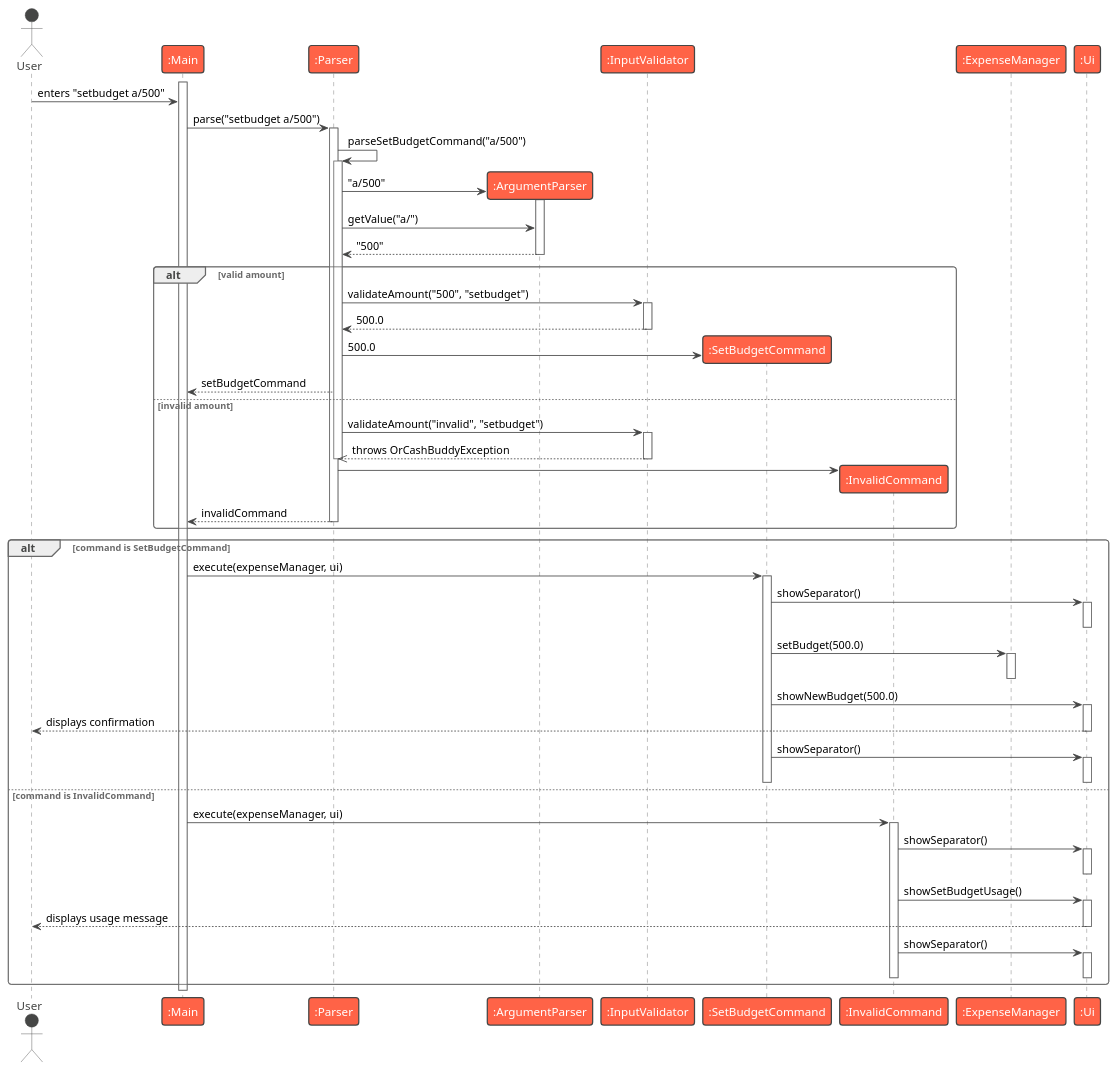
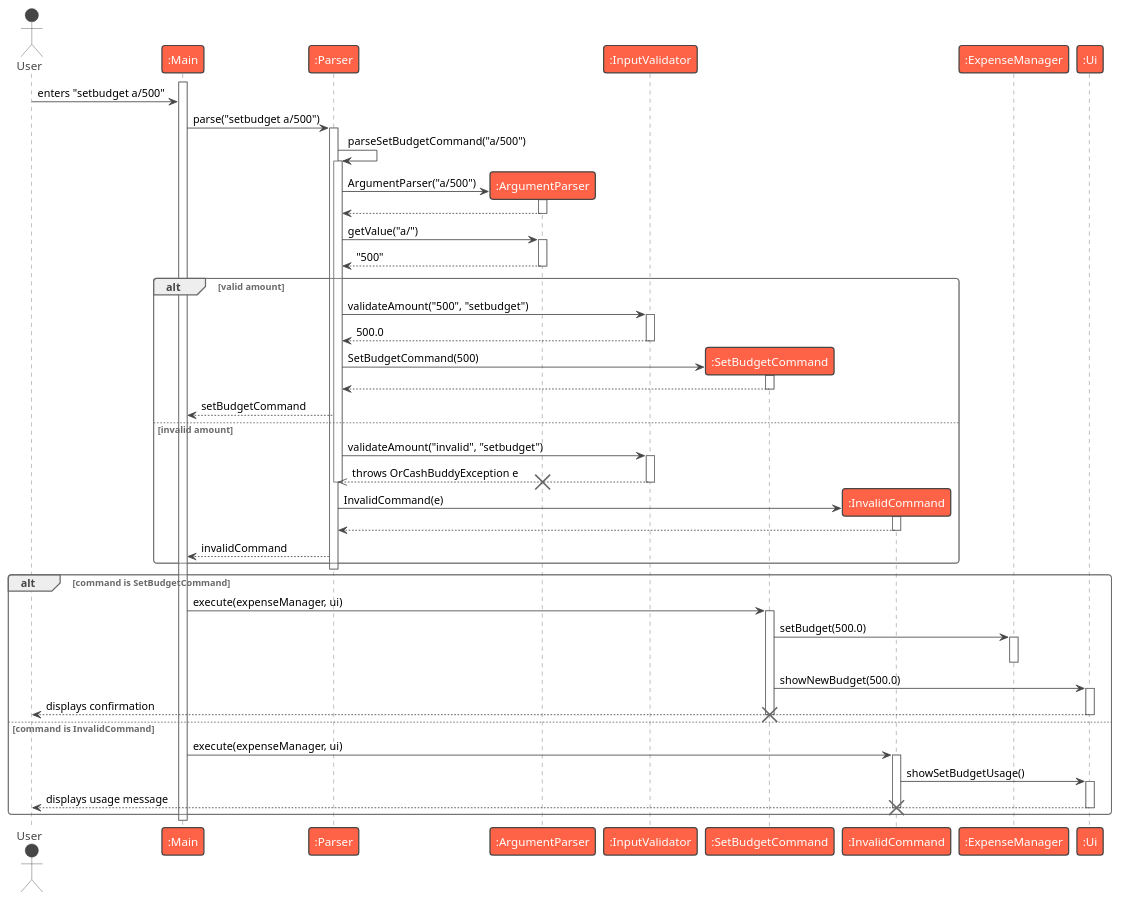
One commit to aydrienlaw/tp changed the diagram in docs/diagrams/set-budget-sequence.puml. Above: the diagram before and after it, drawn with PlantUML. The commit also changed 4 other files, not shown here.

Commit message:
docs(developer-guide): refine command parsing in sequence diagrams

```diff
--- a/docs/diagrams/set-budget-sequence.puml
+++ b/docs/diagrams/set-budget-sequence.puml
@@ -1,104 +1,100 @@
 @startuml
 !theme vibrant
 actor User
 participant ":Main" as Main
 participant ":Parser" as Parser
 participant ":ArgumentParser" as ArgumentParser
 participant ":InputValidator" as InputValidator
 participant ":SetBudgetCommand" as SetBudgetCommand
 participant ":InvalidCommand" as InvalidCommand
 participant ":ExpenseManager" as ExpenseManager
 participant ":Ui" as Ui
 
 activate Main
 
 User -> Main : enters "setbudget a/500"
 
 Main -> Parser : parse("setbudget a/500")
 activate Parser
 
 Parser -> Parser : parseSetBudgetCommand("a/500")
 activate Parser
 
 create ArgumentParser
-Parser -> ArgumentParser : "a/500"
+Parser -> ArgumentParser : ArgumentParser("a/500")
 activate ArgumentParser
+ArgumentParser --> Parser
+deactivate ArgumentParser
+
 Parser -> ArgumentParser : getValue("a/")
+activate ArgumentParser
 ArgumentParser --> Parser : "500"
 deactivate ArgumentParser
 
 alt valid amount
 
     Parser -> InputValidator : validateAmount("500", "setbudget")
     activate InputValidator
     InputValidator --> Parser : 500.0
     deactivate InputValidator
 
     create SetBudgetCommand
-    Parser -> SetBudgetCommand : 500.0
+    Parser -> SetBudgetCommand : SetBudgetCommand(500)
+    activate SetBudgetCommand
+    SetBudgetCommand --> Parser
+    deactivate SetBudgetCommand
     Parser --> Main : setBudgetCommand
 
 else invalid amount
 
     Parser -> InputValidator : validateAmount("invalid", "setbudget")
     activate InputValidator
-    InputValidator -->> Parser : throws OrCashBuddyException
+    InputValidator -->> Parser : throws OrCashBuddyException e
     deactivate InputValidator
-
+    destroy ArgumentParser
     deactivate Parser
 
     create InvalidCommand
-    Parser -> InvalidCommand
+    Parser -> InvalidCommand: InvalidCommand(e)
+    activate InvalidCommand
+    InvalidCommand --> Parser
+    deactivate InvalidCommand
     Parser --> Main : invalidCommand
 
-    deactivate Parser
+end
 
-end
+deactivate Parser
 
 deactivate Parser
 
 alt command is SetBudgetCommand
     Main -> SetBudgetCommand : execute(expenseManager, ui)
     activate SetBudgetCommand
-
-    SetBudgetCommand -> Ui : showSeparator()
-    activate Ui
-    deactivate Ui
 
     SetBudgetCommand -> ExpenseManager : setBudget(500.0)
     activate ExpenseManager
     deactivate ExpenseManager
 
     SetBudgetCommand -> Ui : showNewBudget(500.0)
     activate Ui
     Ui --> User : displays confirmation
     deactivate Ui
 
-    SetBudgetCommand -> Ui : showSeparator()
-    activate Ui
-    deactivate Ui
-
     deactivate SetBudgetCommand
+    destroy SetBudgetCommand
 
 else command is InvalidCommand
     Main -> InvalidCommand : execute(expenseManager, ui)
     activate InvalidCommand
-
-    InvalidCommand -> Ui : showSeparator()
-    activate Ui
-    deactivate Ui
 
     InvalidCommand -> Ui : showSetBudgetUsage()
     activate Ui
     Ui --> User : displays usage message
     deactivate Ui
 
-    InvalidCommand -> Ui : showSeparator()
-    activate Ui
-    deactivate Ui
-
     deactivate InvalidCommand
+    destroy InvalidCommand
 end
 
 deactivate Main
 @enduml
```
